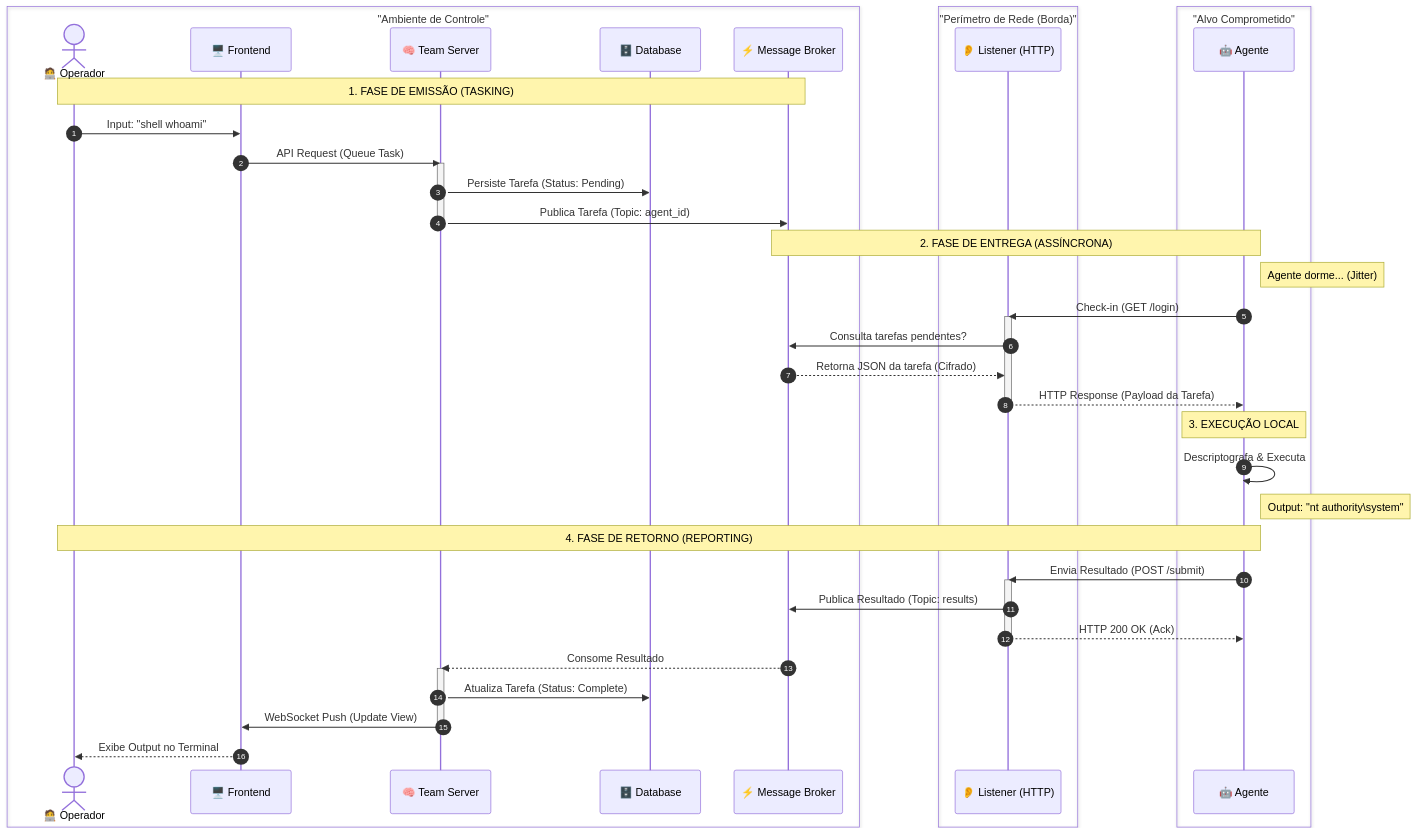
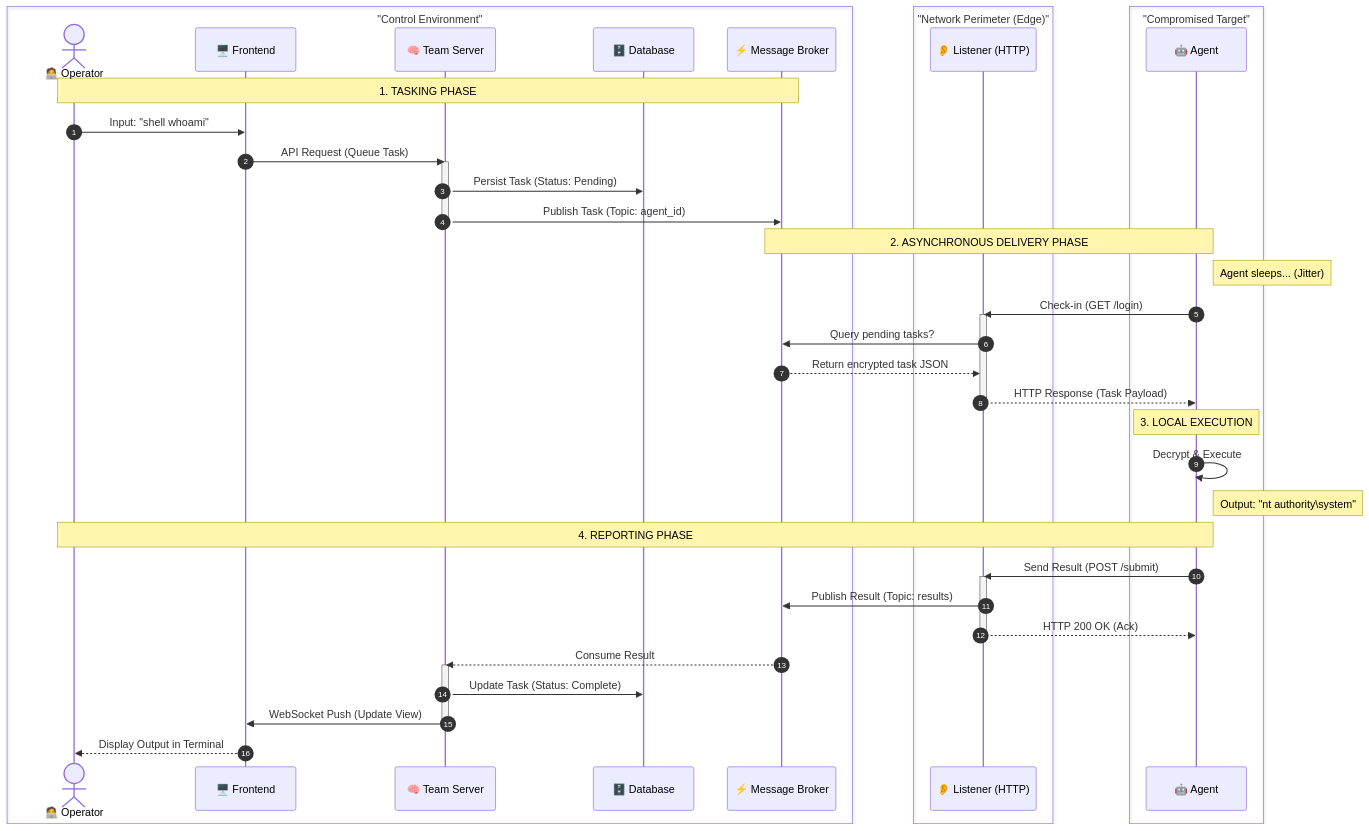
The second of 2 diagrams in ARCHITECTURE.md (sourceunion/libre-control), drawn with Mermaid before and after one commit. The commit also changed other lines of this file and 29 other files, not shown here.

````diff
--- a/ARCHITECTURE.md
+++ b/ARCHITECTURE.md
@@ -227,63 +145,63 @@
 ```mermaid
 sequenceDiagram
     autonumber
     
-    box "Ambiente de Controle" #f9f9f9
-        actor Op as 🧑‍💻 Operador
+    box "Control Environment" #f9f9f9
+        actor Op as 🧑‍💻 Operator
         participant UI as 🖥️ Frontend
         participant Core as 🧠 Team Server
         participant DB as 🗄️ Database
         participant Broker as ⚡ Message Broker
     end
     
-    box "Perímetro de Rede (Borda)" #e1f5fe
+    box "Network Perimeter (Edge)" #e1f5fe
         participant List as 👂 Listener (HTTP)
     end
     
-    box "Alvo Comprometido" #ffebee
-        participant Agent as 🤖 Agente
+    box "Compromised Target" #ffebee
+        participant Agent as 🤖 Agent
     end
 
-    %% FASE 1: TASKING
-    Note over Op, Broker: 1. FASE DE EMISSÃO (TASKING)
+    %% PHASE 1: TASKING
+    Note over Op, Broker: 1. TASKING PHASE
     Op->>UI: Input: "shell whoami"
     UI->>Core: API Request (Queue Task)
     activate Core
-    Core->>DB: Persiste Tarefa (Status: Pending)
-    Core->>Broker: Publica Tarefa (Topic: agent_id)
+    Core->>DB: Persist Task (Status: Pending)
+    Core->>Broker: Publish Task (Topic: agent_id)
     deactivate Core
     
-    %% FASE 2: BEACONING & DELIVERY
-    Note over Broker, Agent: 2. FASE DE ENTREGA (ASSÍNCRONA)
+    %% PHASE 2: BEACONING & DELIVERY
+    Note over Broker, Agent: 2. ASYNCHRONOUS DELIVERY PHASE
     
-    %% Loop de espera (Jitter)
-    Note right of Agent: Agente dorme... (Jitter)
+    %% Sleep Loop (Jitter)
+    Note right of Agent: Agent sleeps... (Jitter)
     
     Agent->>List: Check-in (GET /login)
     activate List
-    List->>Broker: Consulta tarefas pendentes?
-    Broker-->>List: Retorna JSON da tarefa (Cifrado)
-    List-->>Agent: HTTP Response (Payload da Tarefa)
+    List->>Broker: Query pending tasks?
+    Broker-->>List: Return encrypted task JSON
+    List-->>Agent: HTTP Response (Task Payload)
     deactivate List
 
-    %% FASE 3: EXECUÇÃO
-    Note over Agent: 3. EXECUÇÃO LOCAL
-    Agent->>Agent: Descriptografa & Executa
+    %% PHASE 3: EXECUTION
+    Note over Agent: 3. LOCAL EXECUTION
+    Agent->>Agent: Decrypt & Execute
     Note right of Agent: Output: "nt authority\system"
 
-    %% FASE 4: REPORTING
-    Note over Agent, Op: 4. FASE DE RETORNO (REPORTING)
-    Agent->>List: Envia Resultado (POST /submit)
+    %% PHASE 4: REPORTING
+    Note over Agent, Op: 4. REPORTING PHASE
+    Agent->>List: Send Result (POST /submit)
     activate List
-    List->>Broker: Publica Resultado (Topic: results)
+    List->>Broker: Publish Result (Topic: results)
     List-->>Agent: HTTP 200 OK (Ack)
     deactivate List
     
-    Broker-->>Core: Consome Resultado
+    Broker-->>Core: Consume Result
     activate Core
-    Core->>DB: Atualiza Tarefa (Status: Complete)
+    Core->>DB: Update Task (Status: Complete)
     Core->>UI: WebSocket Push (Update View)
     deactivate Core
     
-    UI-->>Op: Exibe Output no Terminal
+    UI-->>Op: Display Output in Terminal
 ```
````
